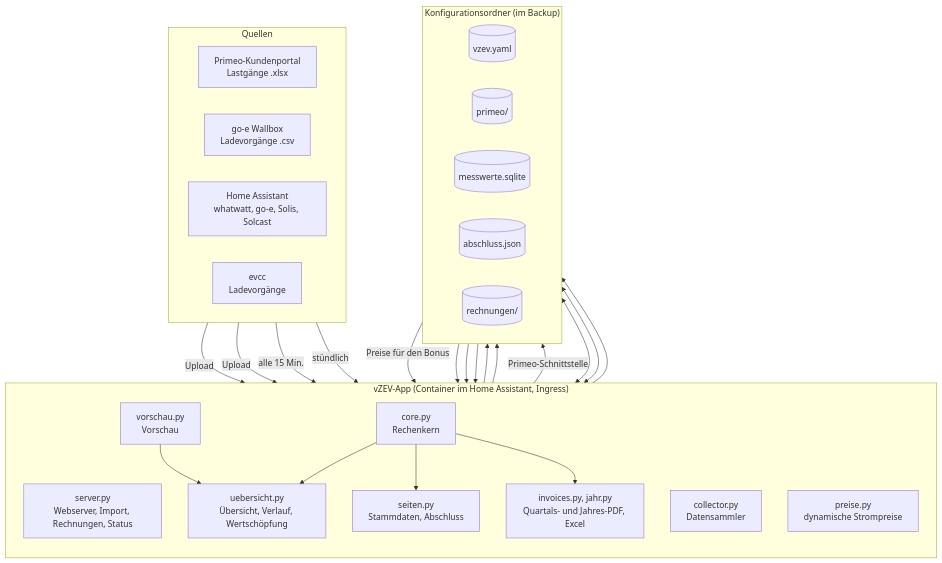
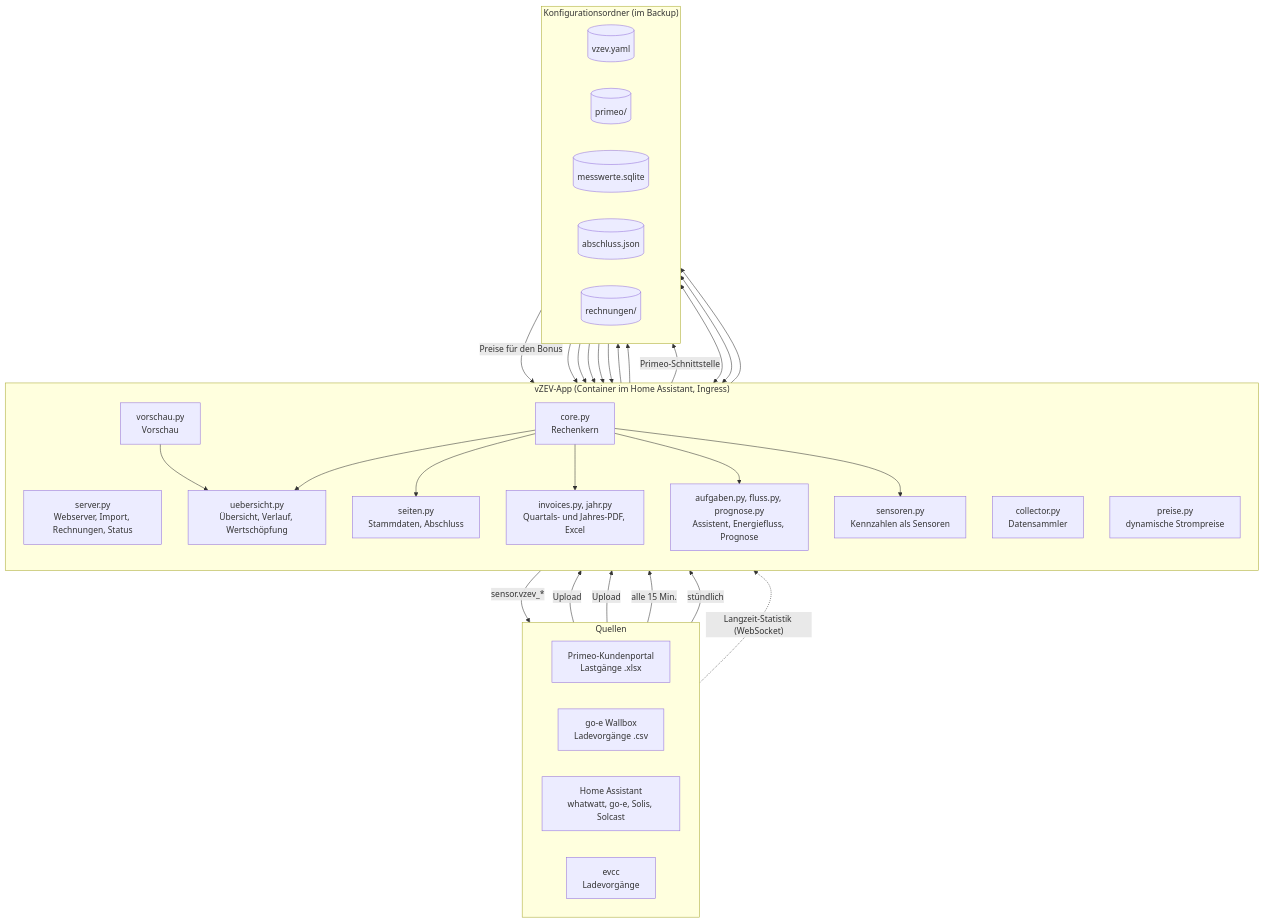
The first of 5 diagrams in README.md (khu1985/vzev-ha), drawn with Mermaid before and after one commit. The commit also changed other lines of this file and 7 other files, not shown here.

Commit message:
Doku: Sensoren, Aufgaben-Assistent, Erinnerung, Sicherung, Wärmepumpen in README und Grafiken

````diff
--- a/README.md
+++ b/README.md
@@ -31,47 +33,52 @@
 ```mermaid
 flowchart TB
     subgraph Quellen
         direction LR
         P["Primeo-Kundenportal<br/>Lastgänge .xlsx"]
         W["go-e Wallbox<br/>Ladevorgänge .csv"]
         HA["Home Assistant<br/>whatwatt, go-e, Solis, Solcast"]
         E["evcc<br/>Ladevorgänge"]
     end
 
     subgraph App["vZEV-App (Container im Home Assistant, Ingress)"]
         direction TB
         S["server.py<br/>Webserver, Import, Rechnungen, Status"]
         CO["collector.py<br/>Datensammler"]
         C["core.py<br/>Rechenkern"]
         V["vorschau.py<br/>Vorschau"]
         U["uebersicht.py<br/>Übersicht, Verlauf, Wertschöpfung"]
         SE["seiten.py<br/>Stammdaten, Abschluss"]
         I["invoices.py, jahr.py<br/>Quartals- und Jahres-PDF, Excel"]
         PZ["preise.py<br/>dynamische Strompreise"]
+        SN["sensoren.py<br/>Kennzahlen als Sensoren"]
+        AF["aufgaben.py, fluss.py, prognose.py<br/>Assistent, Energiefluss, Prognose"]
     end
 
     subgraph Daten["Konfigurationsordner (im Backup)"]
         direction LR
         Y[("vzev.yaml")]
         PR[("primeo/")]
         DB[("messwerte.sqlite")]
         AB[("abschluss.json")]
         R[("rechnungen/")]
     end
 
     P & W -- Upload --> S --> PR
     HA -- "alle 15 Min." --> CO
     E -- stündlich --> CO
     CO --> DB
     PZ -- "Primeo-Schnittstelle" --> DB
     DB -- "Preise für den Bonus" --> C
     PR --> C
     Y --> C
     DB --> V
     C --> U
     V --> U
     C --> SE
     SE <--> Y
     SE <--> AB
     C --> I --> R
+    C & DB --> AF
+    C & DB --> SN -- "sensor.vzev_*" --> HA
+    HA -. "Langzeit-Statistik (WebSocket)" .-> CO
 ```
````
